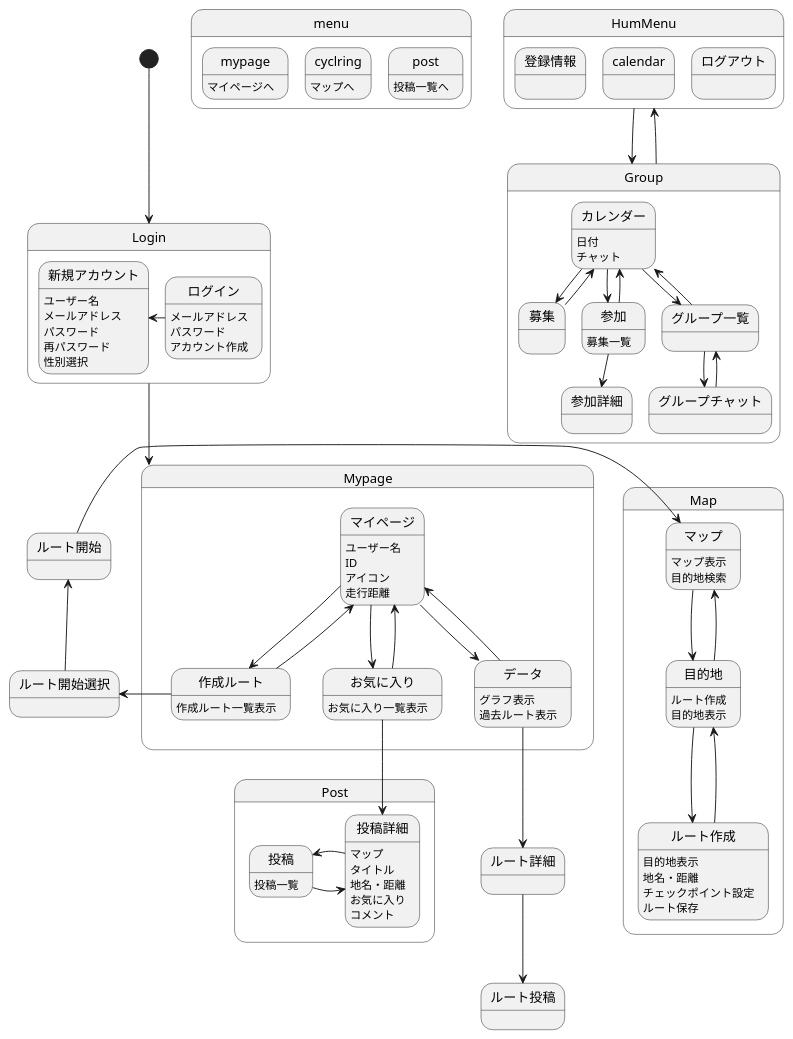
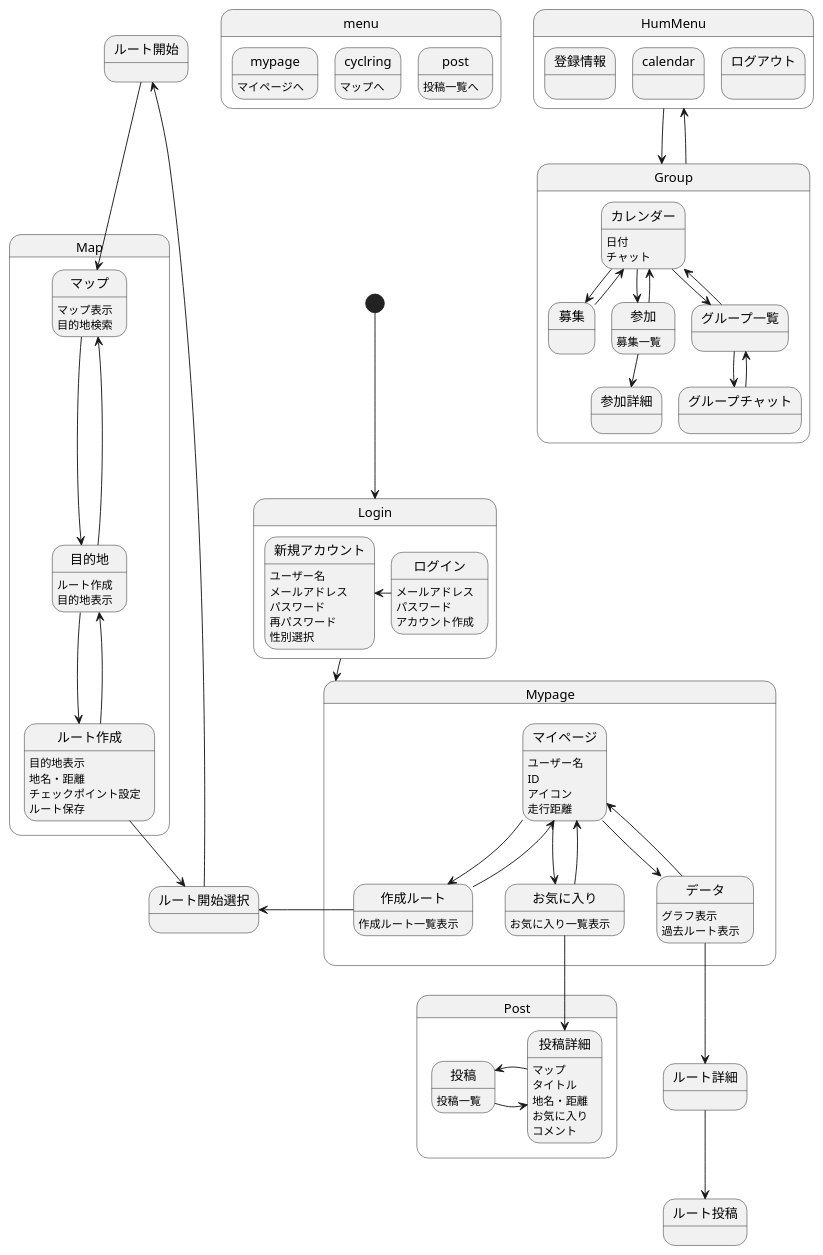
Before and after one commit to AsoSD3A3/CyclingSystem: the diagram in 画面遷移図/gm.md, drawn with PlantUML.

```diff
--- a/画面遷移図/gm.md
+++ b/画面遷移図/gm.md
@@ -85,8 +85,8 @@
 
 作成ルート-left->ルート開始選択
 ルート開始選択-up->ルート開始
-ルート開始-left->マップ
-
+ルート開始-->マップ
+ルート作成-->ルート開始選択
 
 
 state Post{
```
